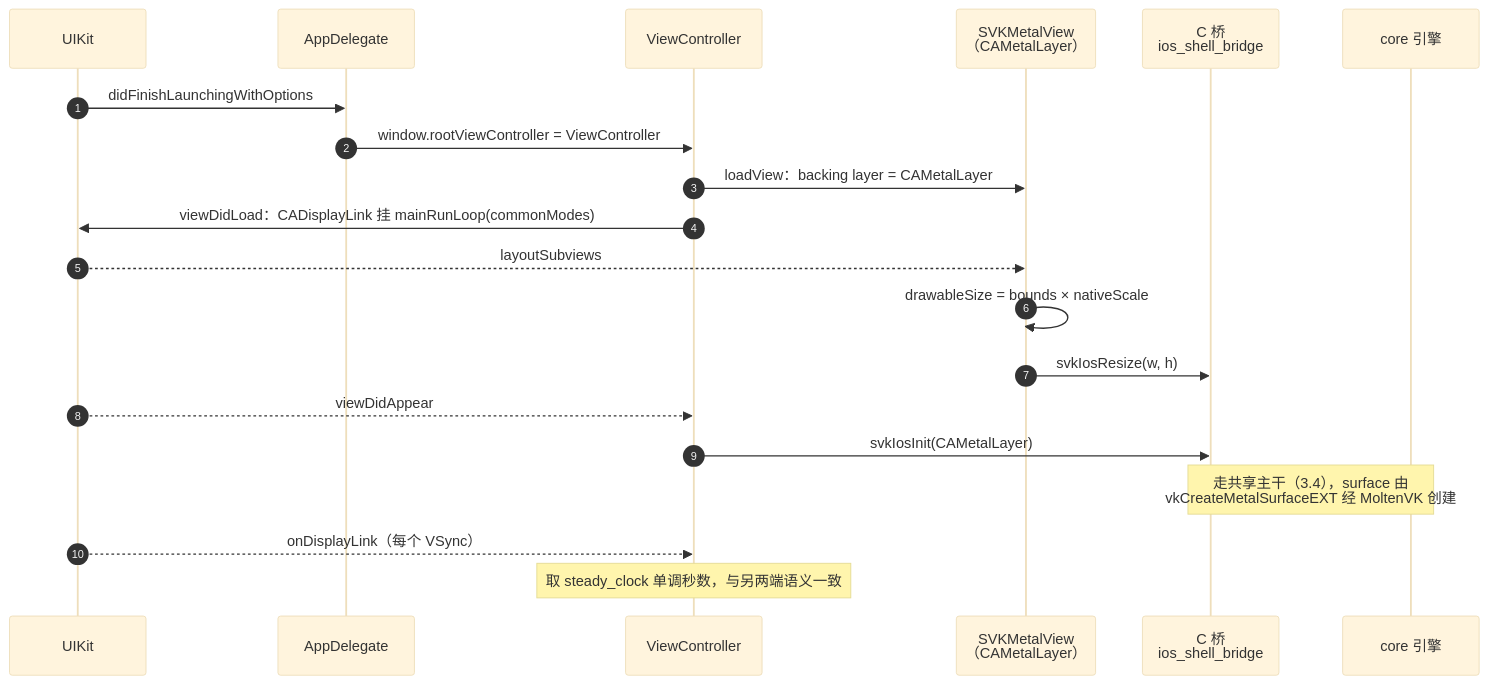
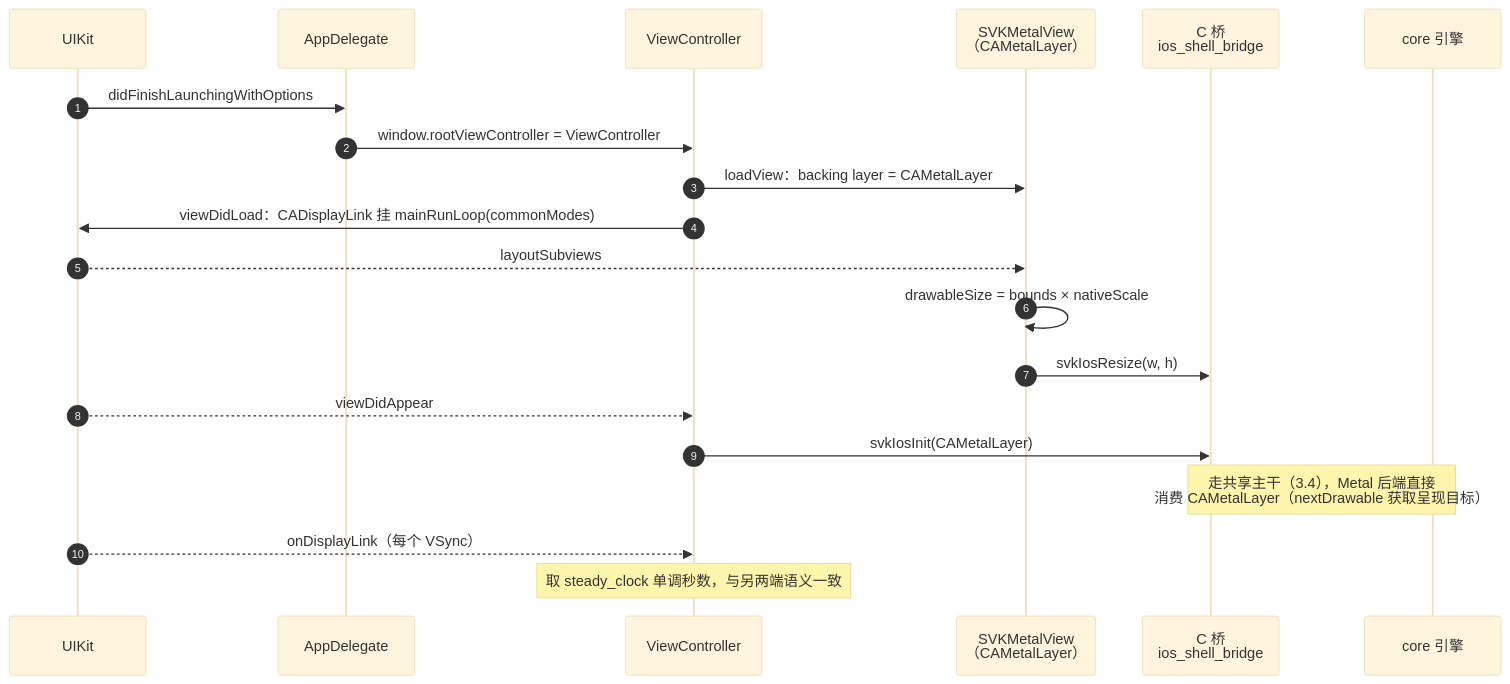
The third of 8 diagrams in docs/startup-sequence.md (helloworldwangziyi/SVK), drawn with Mermaid (base theme) before and after one commit. The commit also changed other lines of this file and 45 other files, not shown here.

````diff
--- a/docs/startup-sequence.md
+++ b/docs/startup-sequence.md
@@ -106,23 +106,23 @@
 ```mermaid
 sequenceDiagram
     autonumber
     participant Sys as UIKit
     participant Del as AppDelegate
     participant VC as ViewController
     participant View as SVKMetalView<br/>（CAMetalLayer）
     participant CBridge as C 桥<br/>ios_shell_bridge
     participant Core as core 引擎
 
     Sys->>Del: didFinishLaunchingWithOptions
     Del->>VC: window.rootViewController = ViewController
     VC->>View: loadView：backing layer = CAMetalLayer
     VC->>Sys: viewDidLoad：CADisplayLink 挂 mainRunLoop(commonModes)
     Sys-->>View: layoutSubviews
     View->>View: drawableSize = bounds × nativeScale
     View->>CBridge: svkIosResize(w, h)
     Sys-->>VC: viewDidAppear
     VC->>CBridge: svkIosInit(CAMetalLayer)
-    Note over CBridge,Core: 走共享主干（3.4），surface 由<br/>vkCreateMetalSurfaceEXT 经 MoltenVK 创建
+    Note over CBridge,Core: 走共享主干（3.4），Metal 后端直接<br/>消费 CAMetalLayer（nextDrawable 获取呈现目标）
     Sys-->>VC: onDisplayLink（每个 VSync）
     Note over VC: 取 steady_clock 单调秒数，与另两端语义一致
 ```
````
